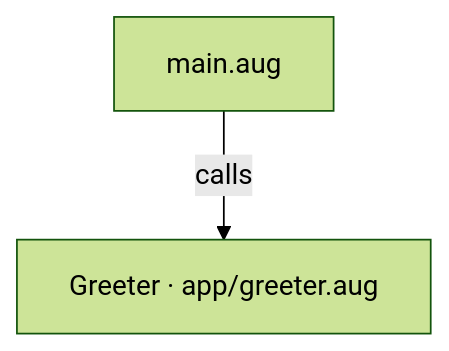
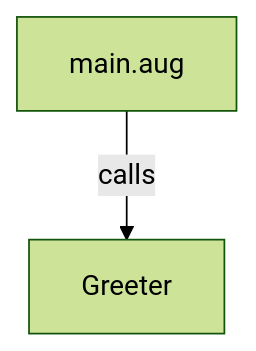
The first of 3 diagrams in docs/examples/hello/main-diagrams.md (GreenPandaStudios/augscript), drawn with Mermaid (forest theme) before and after one commit. The commit also changed other lines of this file and 524 other files, not shown here.

Commit message:
Explain checked data flow at folder and service levels

````diff
--- a/docs/examples/hello/main-diagrams.md
+++ b/docs/examples/hello/main-diagrams.md
@@ -19,6 +19,6 @@
 ```mermaid
 flowchart TD
-    n0["Greeter · app/greeter.aug"]
+    n0["Greeter"]
     n1["main.aug"]
     n1 -->|"calls"| n0
 ```
````
